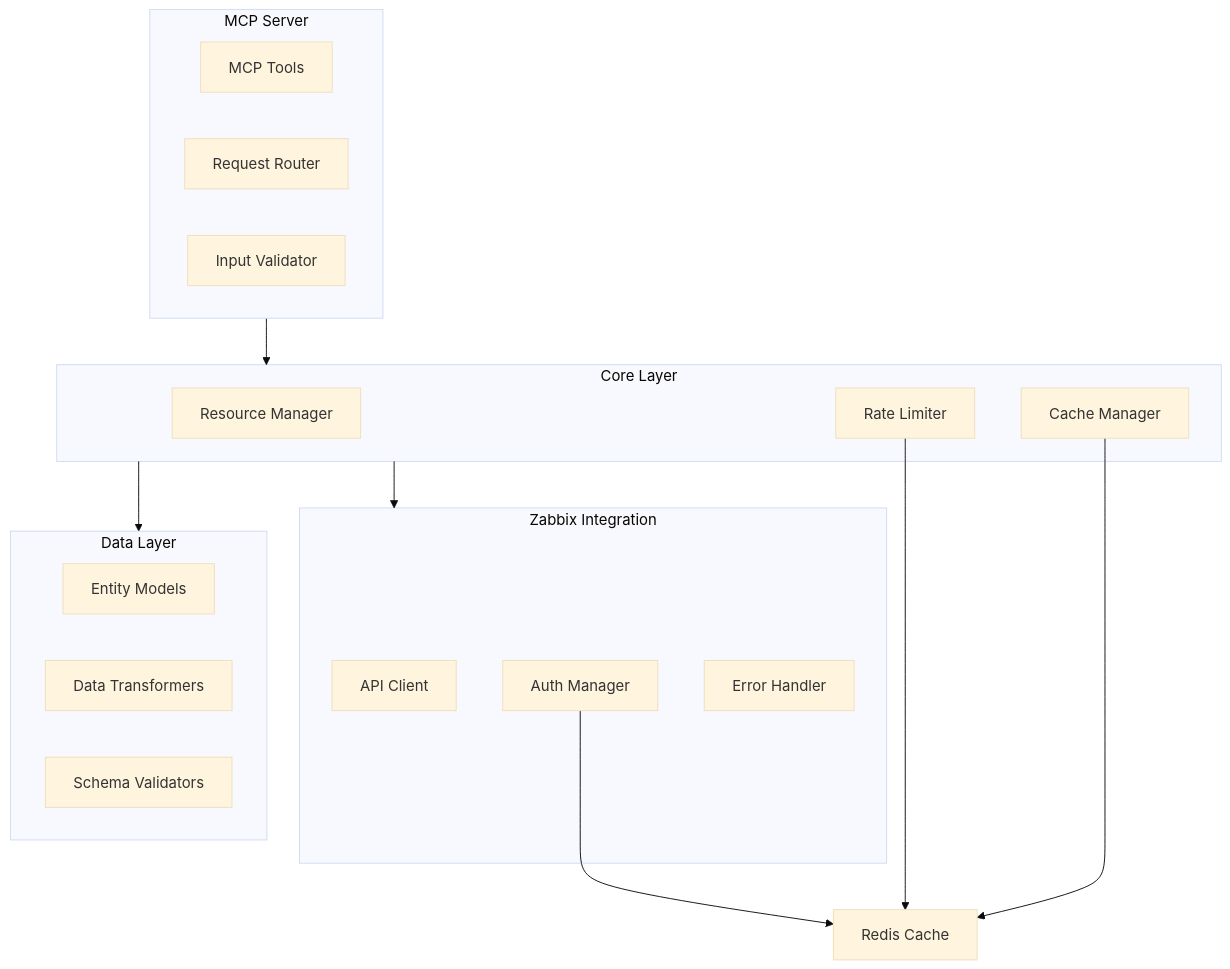
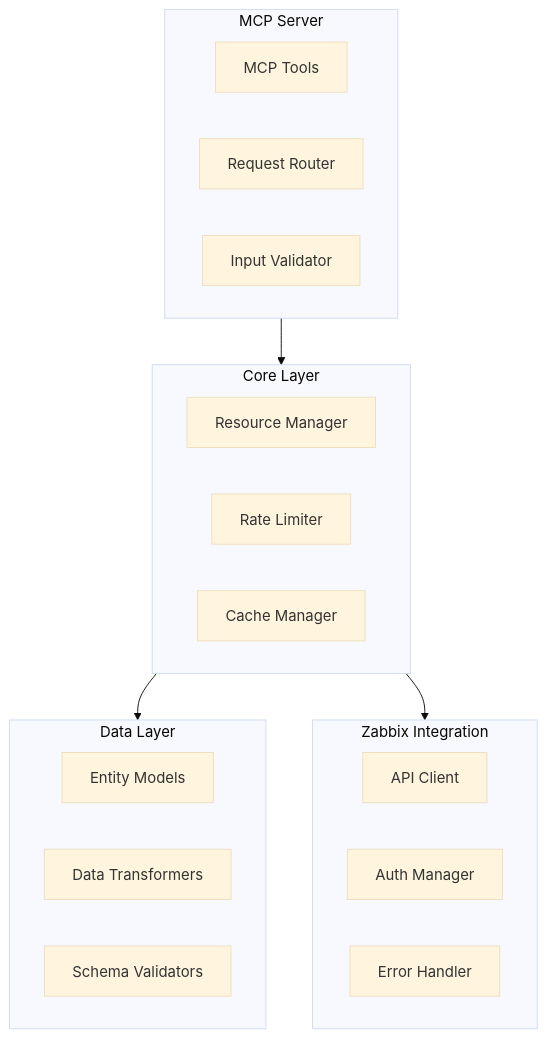
Before and after one commit to julianobarbosa/MCP: the first of 3 diagrams in zabbix-server-api/cline_docs/systemPatterns.md, drawn with Mermaid (base theme). The commit also changed other lines of this file and 4 other files, not shown here.

````diff
--- a/zabbix-server-api/cline_docs/systemPatterns.md
+++ b/zabbix-server-api/cline_docs/systemPatterns.md
@@ -5,34 +5,30 @@
 ```mermaid
 flowchart TD
     subgraph MCP["MCP Server"]
         Tools[MCP Tools]
         Router[Request Router]
         Validator[Input Validator]
     end
 
     subgraph Core["Core Layer"]
         Manager[Resource Manager]
         RateLimit[Rate Limiter]
         Cache[Cache Manager]
     end
 
     subgraph Data["Data Layer"]
         Models[Entity Models]
         Transform[Data Transformers]
         Validate[Schema Validators]
     end
 
     subgraph Integration["Zabbix Integration"]
         Client[API Client]
         Auth[Auth Manager]
         ErrorHandler[Error Handler]
     end
 
     MCP --> Core
     Core --> Data
     Core --> Integration
-
-    Cache --> Redis[Redis Cache]
-    RateLimit --> Redis
-    Auth --> Redis
 ```
````
